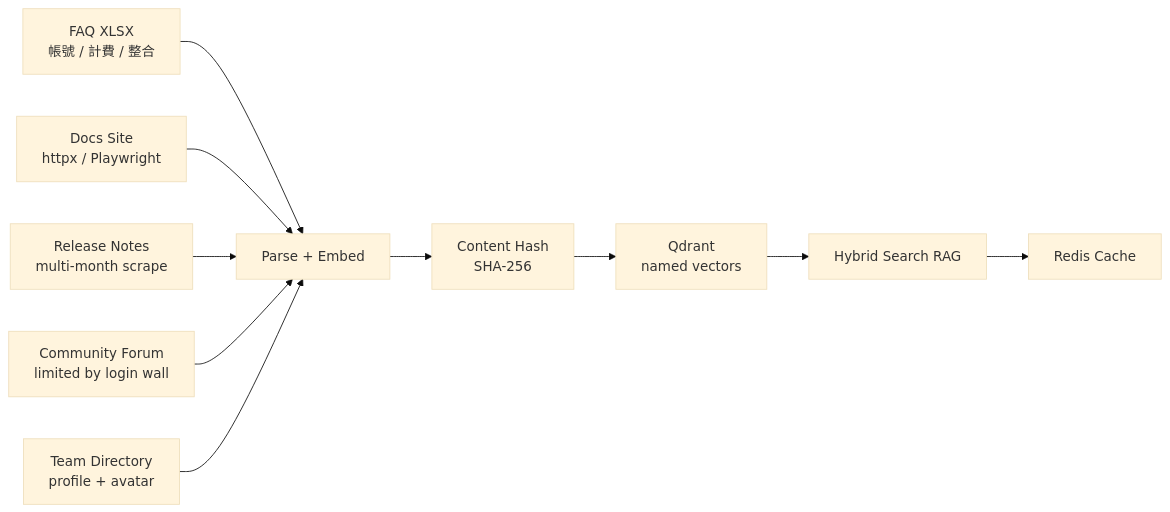
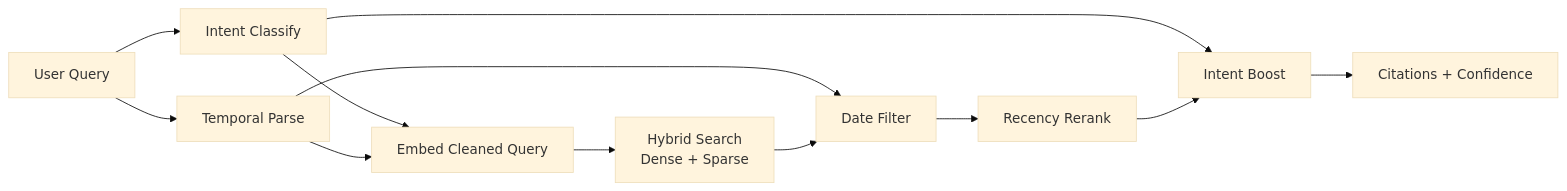
Before and after one commit to osisdie/osisdie.github.io: the diagram in _posts/2026/2026-04-18-rag-ingestion-lessons-learned.md, drawn with Mermaid (base theme). The commit also changed other lines of this file and 2 other files, not shown here.

First line of the commit message:
refactor: focus blog post on RAG-only lessons

````diff
--- a/_posts/2026/2026-04-18-rag-ingestion-lessons-learned.md
+++ b/_posts/2026/2026-04-18-rag-ingestion-lessons-learned.md
@@ -34,12 +32,14 @@
 ```mermaid
 graph LR
-    A["FAQ XLSX<br/>帳號 / 計費 / 整合"] --> P[Parse + Embed]
-    B["Docs Site<br/>httpx / Playwright"] --> P
-    C["Release Notes<br/>multi-month scrape"] --> P
-    D["Community Forum<br/>limited by login wall"] --> P
-    E["Team Directory<br/>profile + avatar"] --> P
-    P --> H["Content Hash<br/>SHA-256"]
-    H --> Q["Qdrant<br/>named vectors"]
-    Q --> R[Hybrid Search RAG]
-    R --> CACHE[Redis Cache]
+    Q[User Query] --> I[Intent Classify]
+    Q --> T[Temporal Parse]
+    I --> E[Embed Cleaned Query]
+    T --> E
+    E --> H[Hybrid Search<br/>Dense + Sparse]
+    T --> F[Date Filter]
+    H --> F
+    F --> R[Recency Rerank]
+    I --> B[Intent Boost]
+    R --> B
+    B --> C["Citations + Confidence"]
 ```
````
